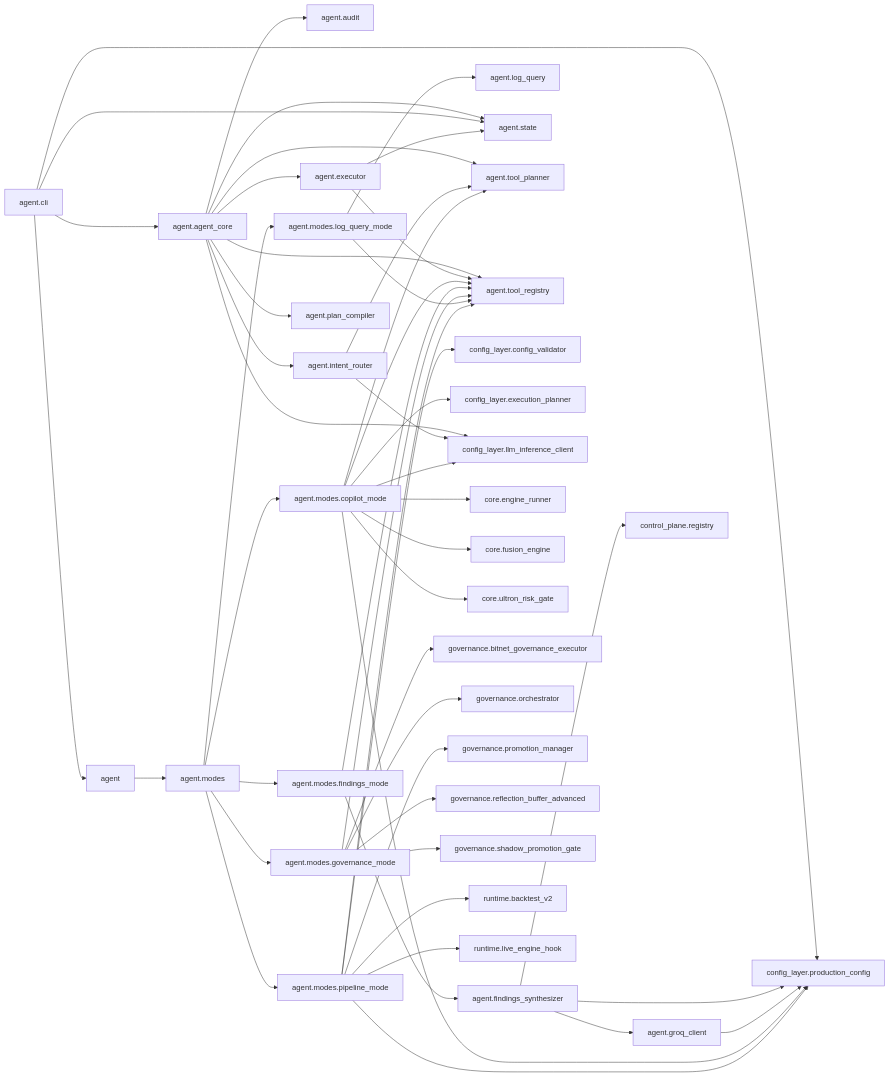
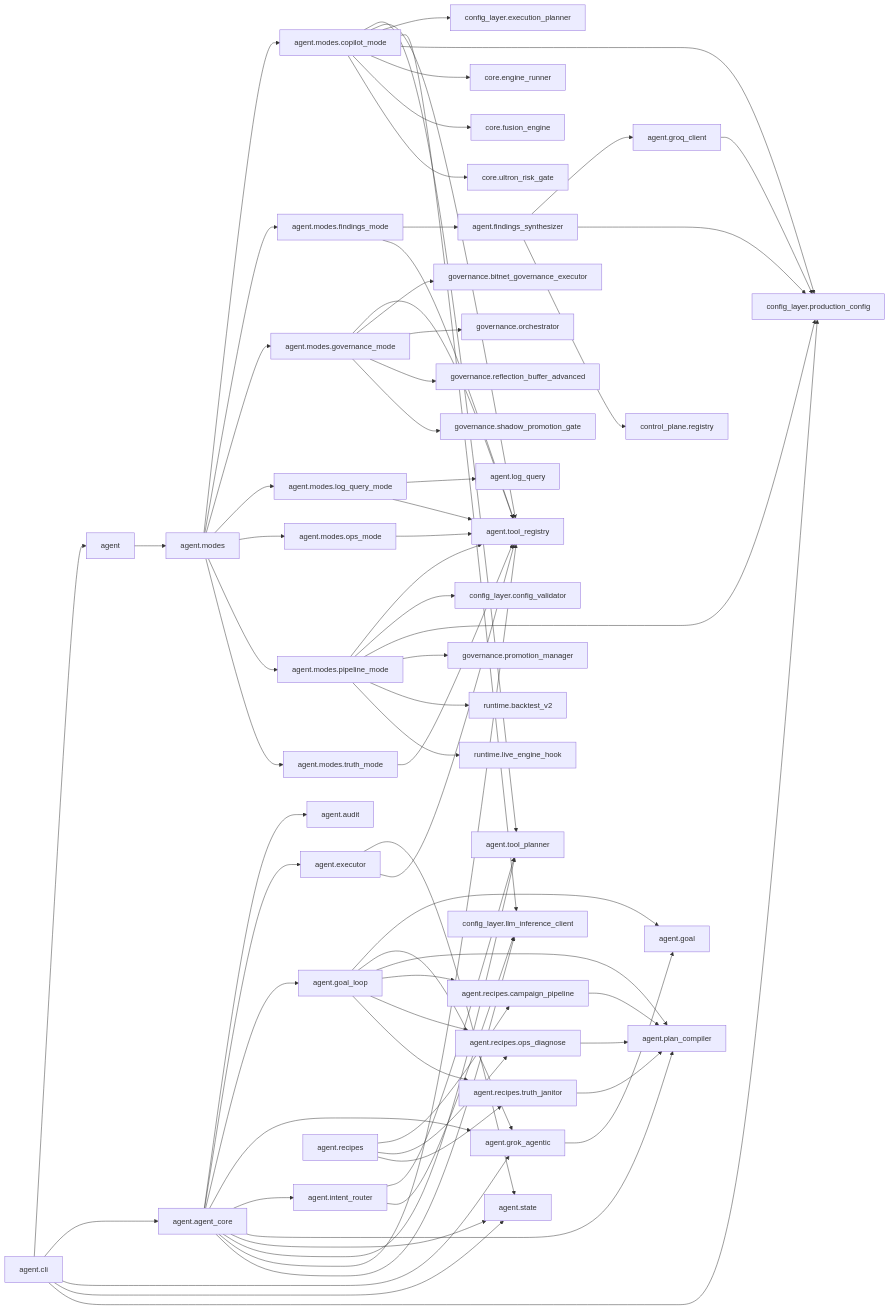
The second of 38 diagrams in docs/architecture/code-map.generated.md (Chaithu1995-0312/TradeHlt), drawn with Mermaid before and after one commit. The commit also changed other lines of this file and 159 other files, not shown here.

````diff
--- a/docs/architecture/code-map.generated.md
+++ b/docs/architecture/code-map.generated.md
@@ -167,6 +183,9 @@
     agent_cli["agent.cli"]
     agent_executor["agent.executor"]
     agent_findings_synthesizer["agent.findings_synthesizer"]
+    agent_goal["agent.goal"]
+    agent_goal_loop["agent.goal_loop"]
+    agent_grok_agentic["agent.grok_agentic"]
     agent_groq_client["agent.groq_client"]
     agent_intent_router["agent.intent_router"]
     agent_log_query["agent.log_query"]
@@ -175,8 +194,14 @@
     agent_modes_findings_mode["agent.modes.findings_mode"]
     agent_modes_governance_mode["agent.modes.governance_mode"]
     agent_modes_log_query_mode["agent.modes.log_query_mode"]
+    agent_modes_ops_mode["agent.modes.ops_mode"]
     agent_modes_pipeline_mode["agent.modes.pipeline_mode"]
+    agent_modes_truth_mode["agent.modes.truth_mode"]
     agent_plan_compiler["agent.plan_compiler"]
+    agent_recipes["agent.recipes"]
+    agent_recipes_campaign_pipeline["agent.recipes.campaign_pipeline"]
+    agent_recipes_ops_diagnose["agent.recipes.ops_diagnose"]
+    agent_recipes_truth_janitor["agent.recipes.truth_janitor"]
     agent_state["agent.state"]
     agent_tool_planner["agent.tool_planner"]
     agent_tool_registry["agent.tool_registry"]
@@ -198,6 +223,8 @@
     agent --> agent_modes
     agent_agent_core --> agent_audit
     agent_agent_core --> agent_executor
+    agent_agent_core --> agent_goal_loop
+    agent_agent_core --> agent_grok_agentic
     agent_agent_core --> agent_intent_router
     agent_agent_core --> agent_plan_compiler
     agent_agent_core --> agent_state
@@ -206,6 +233,7 @@
     agent_agent_core --> config_layer_llm_inference_client
     agent_cli --> agent
     agent_cli --> agent_agent_core
+    agent_cli --> agent_grok_agentic
     agent_cli --> agent_state
     agent_cli --> config_layer_production_config
     agent_executor --> agent_state
@@ -213,6 +241,13 @@
     agent_findings_synthesizer --> agent_groq_client
     agent_findings_synthesizer --> config_layer_production_config
     agent_findings_synthesizer --> control_plane_registry
+    agent_goal_loop --> agent_goal
+    agent_goal_loop --> agent_grok_agentic
+    agent_goal_loop --> agent_plan_compiler
+    agent_goal_loop --> agent_recipes_campaign_pipeline
+    agent_goal_loop --> agent_recipes_ops_diagnose
+    agent_goal_loop --> agent_recipes_truth_janitor
+    agent_grok_agentic --> agent_goal
     agent_groq_client --> config_layer_production_config
     agent_intent_router --> agent_tool_planner
     agent_intent_router --> config_layer_llm_inference_client
@@ -220,7 +255,9 @@
     agent_modes --> agent_modes_findings_mode
     agent_modes --> agent_modes_governance_mode
     agent_modes --> agent_modes_log_query_mode
+    agent_modes --> agent_modes_ops_mode
     agent_modes --> agent_modes_pipeline_mode
+    agent_modes --> agent_modes_truth_mode
     agent_modes_copilot_mode --> agent_tool_planner
     agent_modes_copilot_mode --> agent_tool_registry
     agent_modes_copilot_mode --> config_layer_execution_planner
@@ -238,10 +275,18 @@
     agent_modes_governance_mode --> governance_shadow_promotion_gate
     agent_modes_log_query_mode --> agent_log_query
     agent_modes_log_query_mode --> agent_tool_registry
+    agent_modes_ops_mode --> agent_tool_registry
     agent_modes_pipeline_mode --> agent_tool_registry
     agent_modes_pipeline_mode --> config_layer_config_validator
     agent_modes_pipeline_mode --> config_layer_production_config
     agent_modes_pipeline_mode --> governance_promotion_manager
     agent_modes_pipeline_mode --> runtime_backtest_v2
     agent_modes_pipeline_mode --> runtime_live_engine_hook
+    agent_modes_truth_mode --> agent_tool_registry
+    agent_recipes --> agent_recipes_campaign_pipeline
+    agent_recipes --> agent_recipes_ops_diagnose
+    agent_recipes --> agent_recipes_truth_janitor
+    agent_recipes_campaign_pipeline --> agent_plan_compiler
+    agent_recipes_ops_diagnose --> agent_plan_compiler
+    agent_recipes_truth_janitor --> agent_plan_compiler
 ```
````
